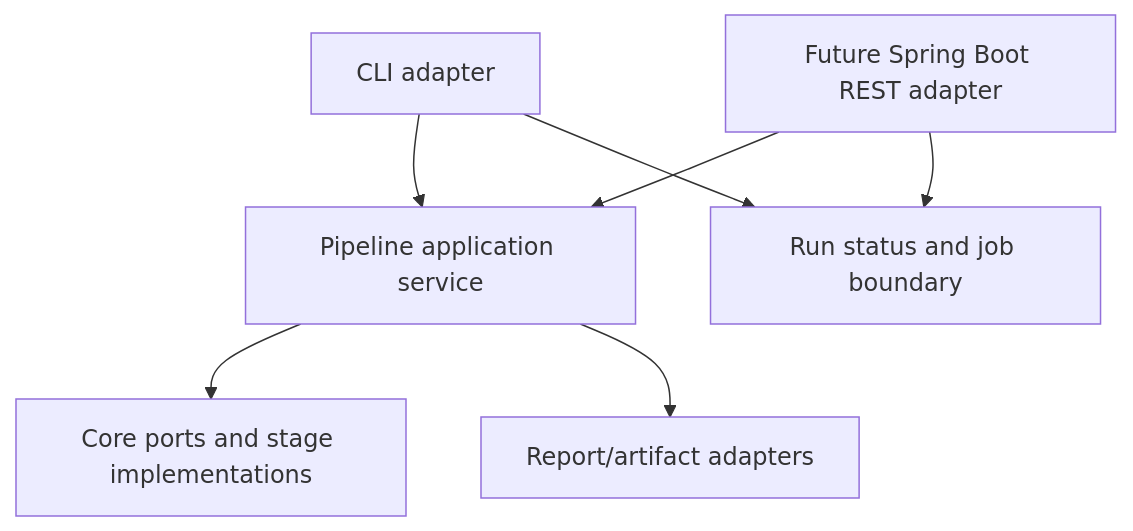
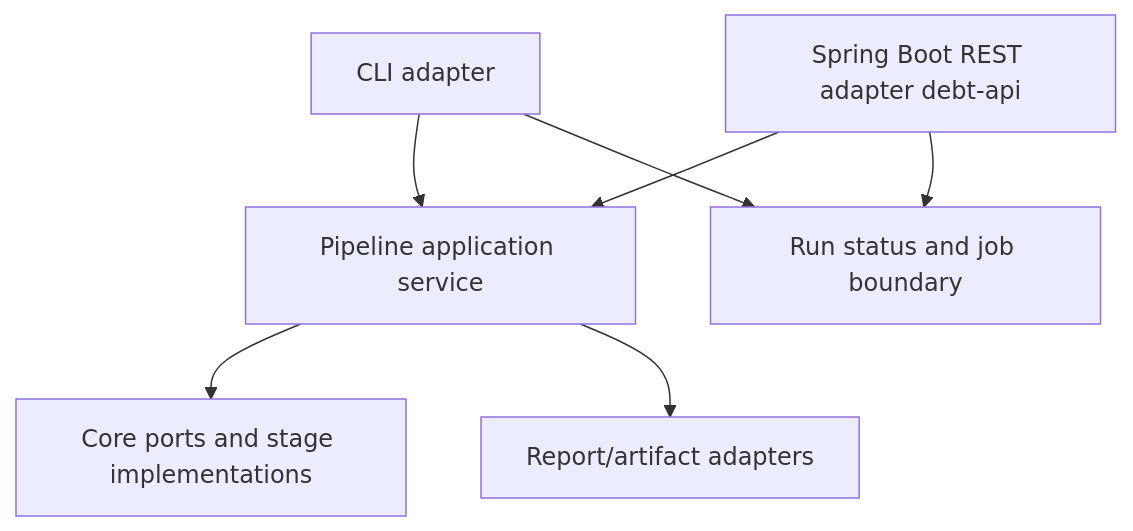
One commit to JonasFortes12/debt2test changed the fifth of 5 diagrams in architecture.md. Above: the diagram before and after it, drawn with Mermaid. The commit also changed other lines of this file and 52 other files, not shown here.

````diff
--- a/architecture.md
+++ b/architecture.md
@@ -576,16 +585,16 @@
 ```mermaid
 graph TD
     CLI[CLI adapter]
-    REST[Future Spring Boot REST adapter]
+    REST[Spring Boot REST adapter debt-api]
     APP[Pipeline application service]
     JOB[Run status and job boundary]
     STAGES[Core ports and stage implementations]
     OUTPUT[Report/artifact adapters]
 
     CLI --> APP
     REST --> APP
     REST --> JOB
     CLI --> JOB
     APP --> STAGES
     APP --> OUTPUT
 ```
````
